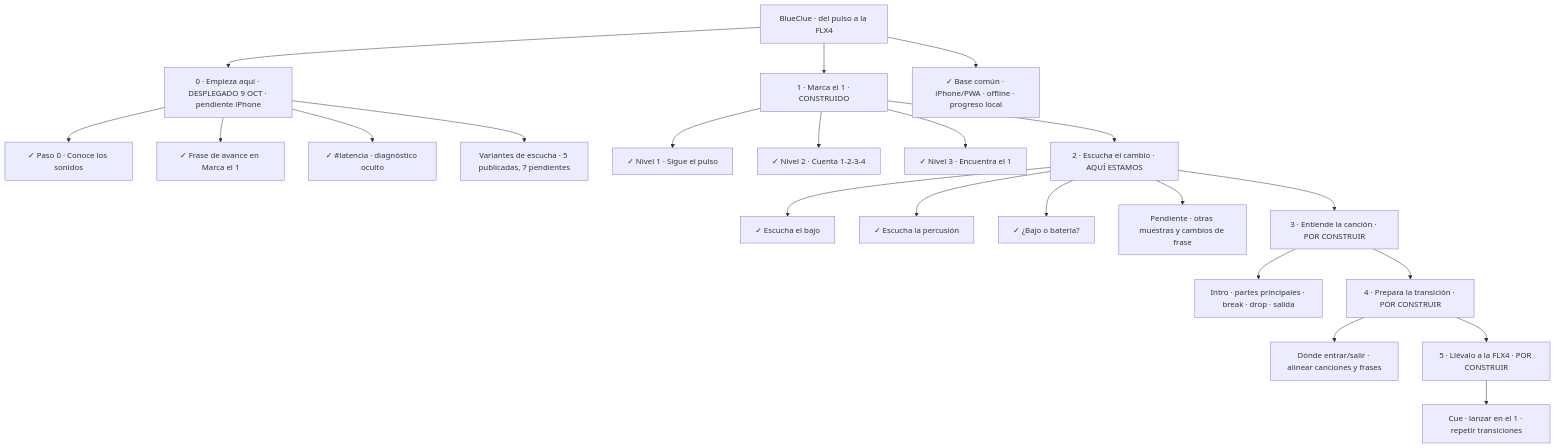
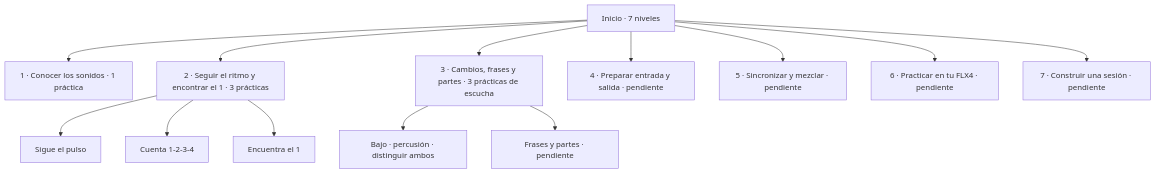
The diagram in docs/MAPA.md (gutierrezbj/blueclue), drawn with Mermaid before and after one commit. The commit also changed other lines of this file and 8 other files, not shown here.

````diff
--- a/docs/MAPA.md
+++ b/docs/MAPA.md
@@ -8,24 +8,15 @@
 ```mermaid
 flowchart TD
-    ROOT["BlueClue · del pulso a la FLX4"] --> START["0 · Empieza aquí · DESPLEGADO 9 OCT · pendiente iPhone"]
-    START --> SOUNDS["✓ Paso 0 · Conoce los sonidos"]
-    START --> READY["✓ Frase de avance en Marca el 1"]
-    START --> LAT["✓ #latencia · diagnóstico oculto"]
-    START --> VARS["Variantes de escucha · 5 publicadas, 7 pendientes"]
-    ROOT --> RHYTHM["1 · Marca el 1 · CONSTRUIDO"]
-    RHYTHM --> PULSE["✓ Nivel 1 · Sigue el pulso"]
-    RHYTHM --> COUNT["✓ Nivel 2 · Cuenta 1-2-3-4"]
-    RHYTHM --> ONE["✓ Nivel 3 · Encuentra el 1"]
-    RHYTHM --> EAR["2 · Escucha el cambio · AQUÍ ESTAMOS"]
-    EAR --> BASS["✓ Escucha el bajo"]
-    EAR --> DRUMS["✓ Escucha la percusión"]
-    EAR --> CHOICE["✓ ¿Bajo o batería?"]
-    EAR --> VARIANTS["Pendiente · otras muestras y cambios de frase"]
-    EAR --> STRUCTURE["3 · Entiende la canción · POR CONSTRUIR"]
-    STRUCTURE --> PARTS["Intro · partes principales · break · drop · salida"]
-    STRUCTURE --> MIX["4 · Prepara la transición · POR CONSTRUIR"]
-    MIX --> ALIGN["Dónde entrar/salir · alinear canciones y frases"]
-    MIX --> FLX4["5 · Llévalo a la FLX4 · POR CONSTRUIR"]
-    FLX4 --> REAL["Cue · lanzar en el 1 · repetir transiciones"]
-    ROOT --> POCKET["✓ Base común · iPhone/PWA · offline · progreso local"]
+    ROOT["Inicio · 7 niveles"] --> S["1 · Conocer los sonidos · 1 práctica"]
+    ROOT --> R["2 · Seguir el ritmo y encontrar el 1 · 3 prácticas"]
+    R --> P["Sigue el pulso"]
+    R --> C["Cuenta 1-2-3-4"]
+    R --> O["Encuentra el 1"]
+    ROOT --> L["3 · Cambios, frases y partes · 3 prácticas de escucha"]
+    L --> B["Bajo · percusión · distinguir ambos"]
+    L --> F["Frases y partes · pendiente"]
+    ROOT --> E["4 · Preparar entrada y salida · pendiente"]
+    ROOT --> M["5 · Sincronizar y mezclar · pendiente"]
+    ROOT --> H["6 · Practicar en tu FLX4 · pendiente"]
+    ROOT --> X["7 · Construir una sesión · pendiente"]
 ```
````
